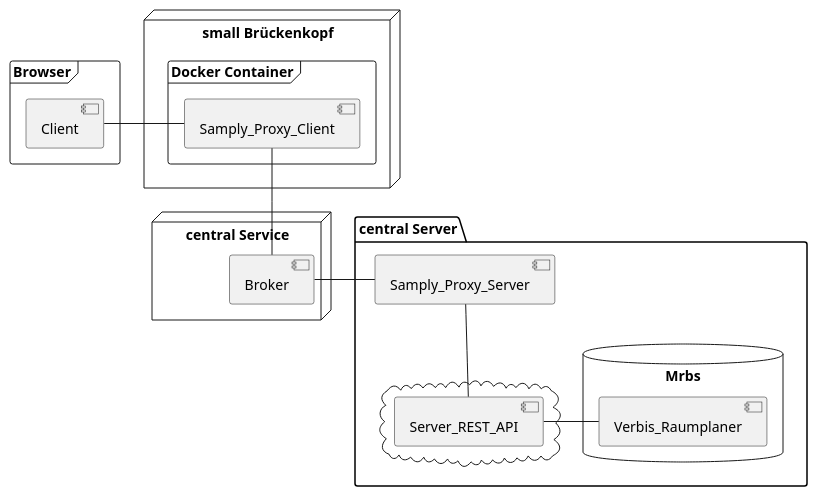
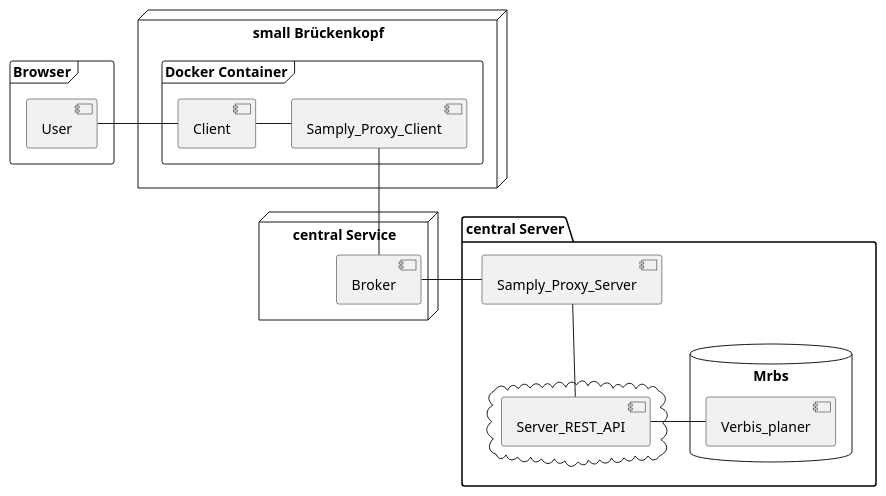
The diagram in Projekte/Verbis/kleineBruckenkopfeV1.puml (Martin1088/Plantuml-With-Screenreader), drawn with PlantUML before and after one commit. The commit also changed 38 other files, not shown here.

```diff
--- a/Projekte/Verbis/kleineBruckenkopfeV1.puml
+++ b/Projekte/Verbis/kleineBruckenkopfeV1.puml
@@ -1,34 +1,36 @@
 @startuml
 
 frame "Browser" {
-    [Client]
+    [User]
 }
 
 node "small Brückenkopf" {
     frame "Docker Container" {
+        [Client]
         [Samply_Proxy_Client]
     }
     
 }
 
 node "central Service" {
     [Broker]
 }
 
 package "central Server" {
     [Samply_Proxy_Server]
     cloud {
         [Server_REST_API]
     }
     database "Mrbs" {
-        [Verbis_Raumplaner]
+        [Verbis_planer]
     }
 }
 
+[User] - [Client]
 [Client] - [Samply_Proxy_Client]
 [Samply_Proxy_Client] -- [Broker]
 [Broker] - [Samply_Proxy_Server]
 [Samply_Proxy_Server] -- [Server_REST_API]
-[Server_REST_API] - [Verbis_Raumplaner]
+[Server_REST_API] - [Verbis_planer]
 
 @enduml
```
